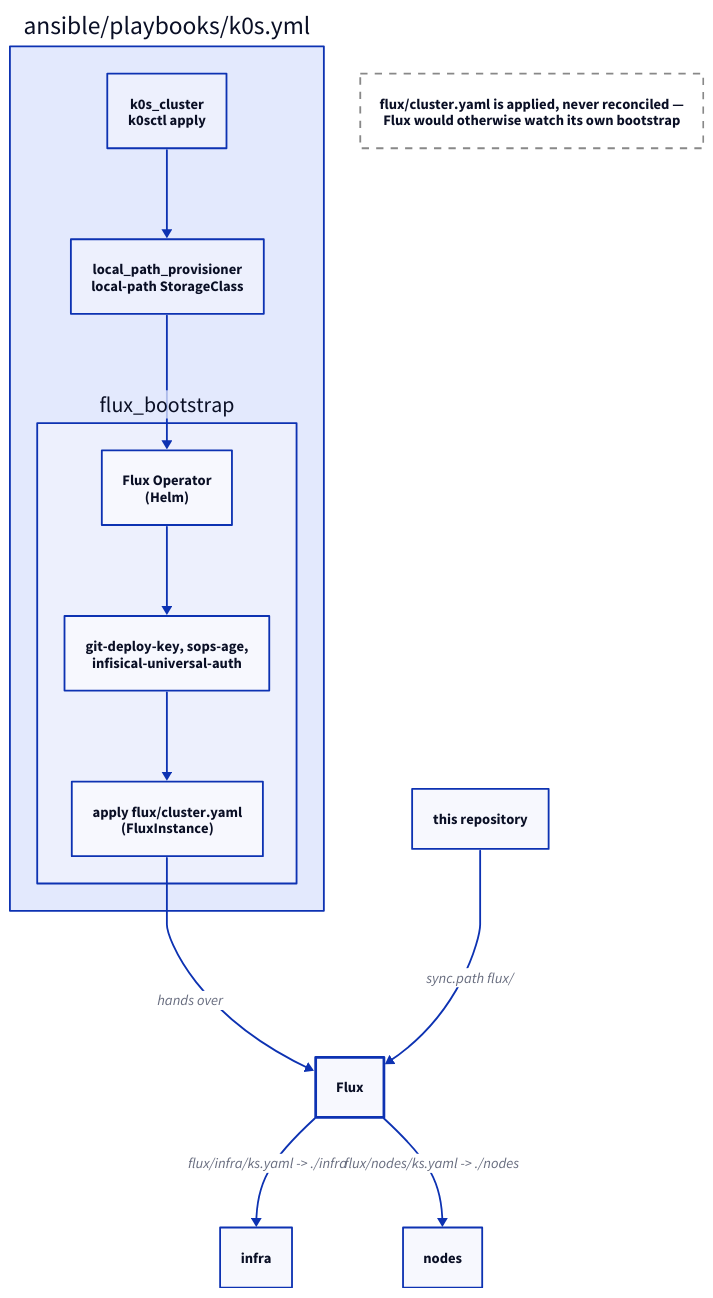
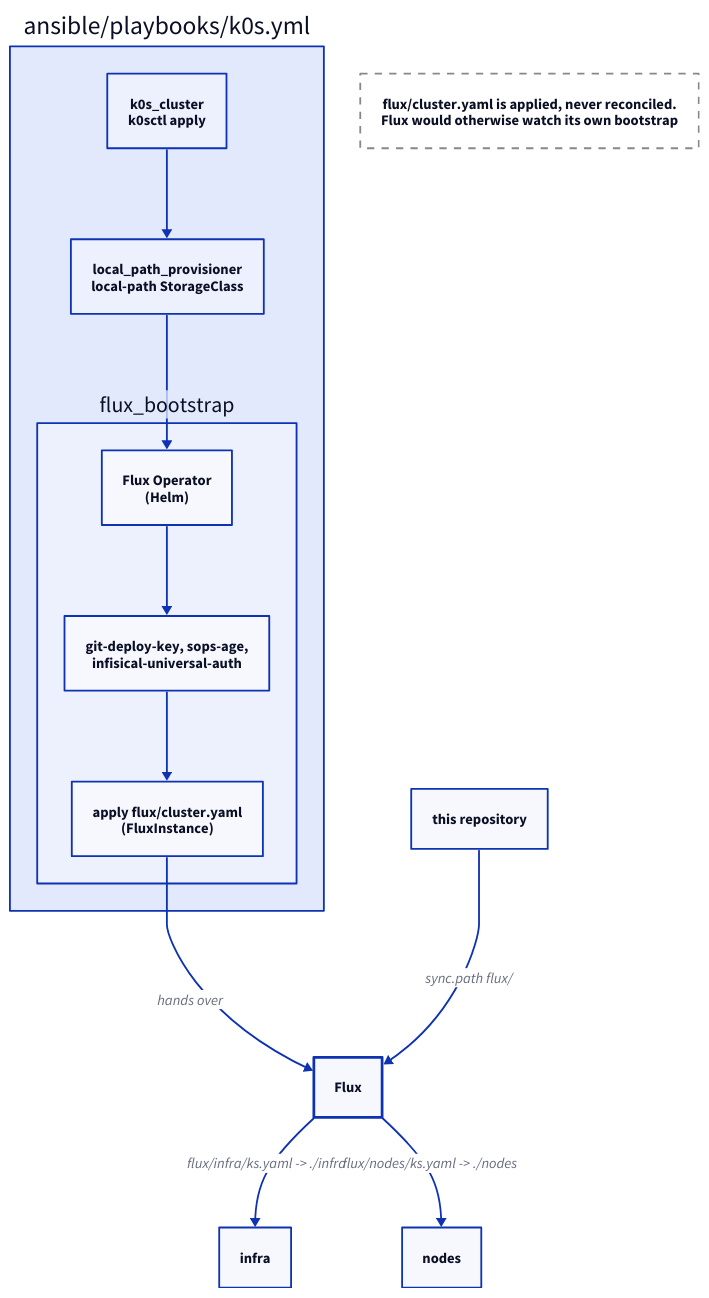
Before and after one commit to brewcoua/futhark: the diagram in docs/src/gitops/flux.md, drawn with D2. The commit also changed other lines of this file and 28 other files, not shown here.

````diff
--- a/docs/src/gitops/flux.md
+++ b/docs/src/gitops/flux.md
@@ -40,27 +52,27 @@
 ```d2
 direction: down
 
 ansible: "ansible/playbooks/k0s.yml" {
   k0s: k0s_cluster\nk0sctl apply
   lpp: local_path_provisioner\nlocal-path StorageClass
   boot: flux_bootstrap {
     op: Flux Operator\n(Helm)
     seeds: "git-deploy-key, sops-age,\ninfisical-universal-auth"
     inst: "apply flux/cluster.yaml\n(FluxInstance)"
   }
   k0s -> lpp -> boot.op
   boot.op -> boot.seeds -> boot.inst
 }
 
 flux: Flux { style.stroke-width: 3 }
 git: this repository
 
 ansible.boot.inst -> flux: hands over
 git -> flux: sync.path flux/
 flux -> infra: "flux/infra/ks.yaml -> ./infra"
 flux -> nodes: "flux/nodes/ks.yaml -> ./nodes"
 
-cluster: "flux/cluster.yaml is applied, never reconciled —\nFlux would otherwise watch its own bootstrap" {
+cluster: "flux/cluster.yaml is applied, never reconciled.\nFlux would otherwise watch its own bootstrap" {
   style: { stroke-dash: 4; fill: transparent; stroke: "#888" }
 }
 ```
````
